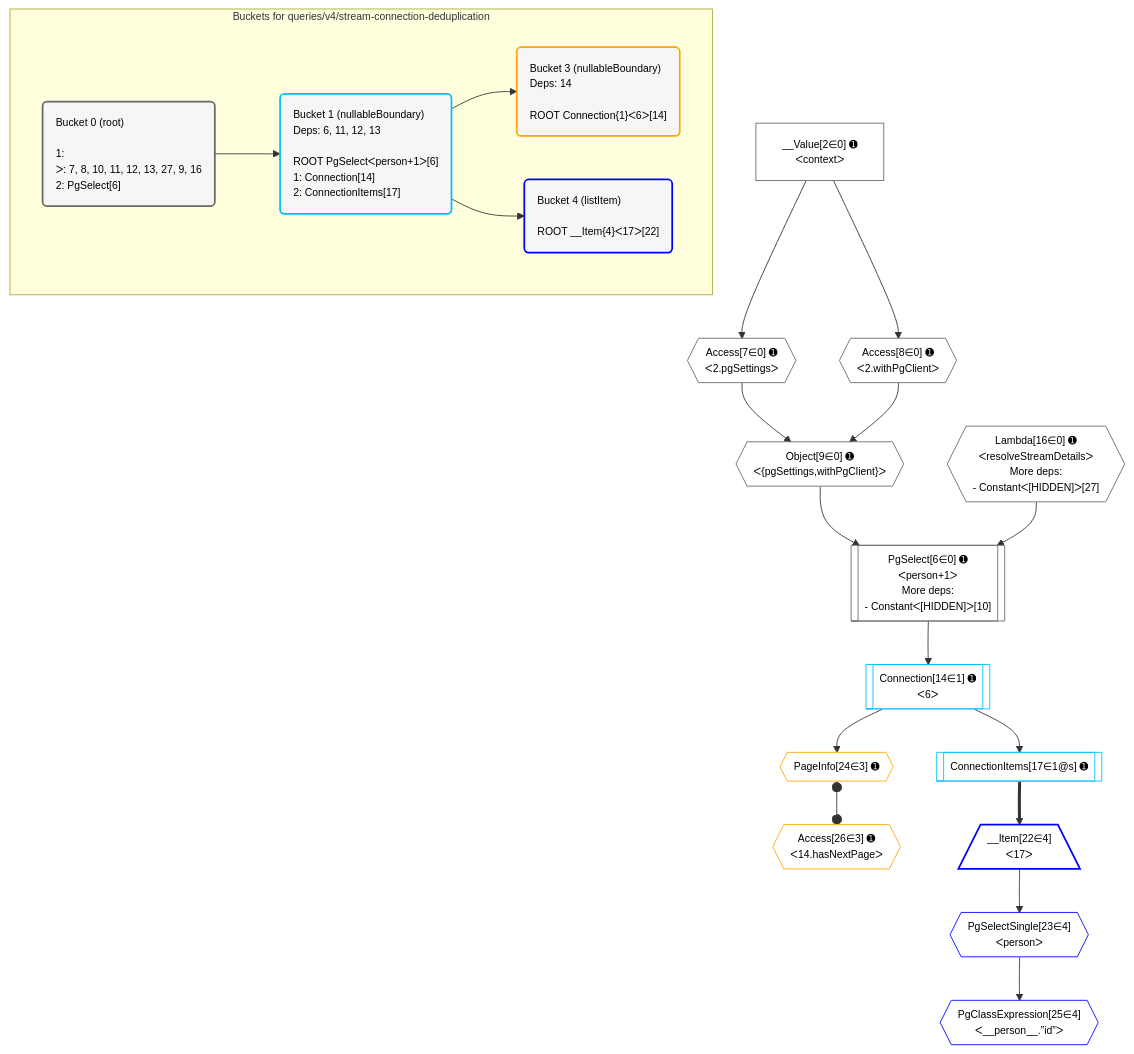
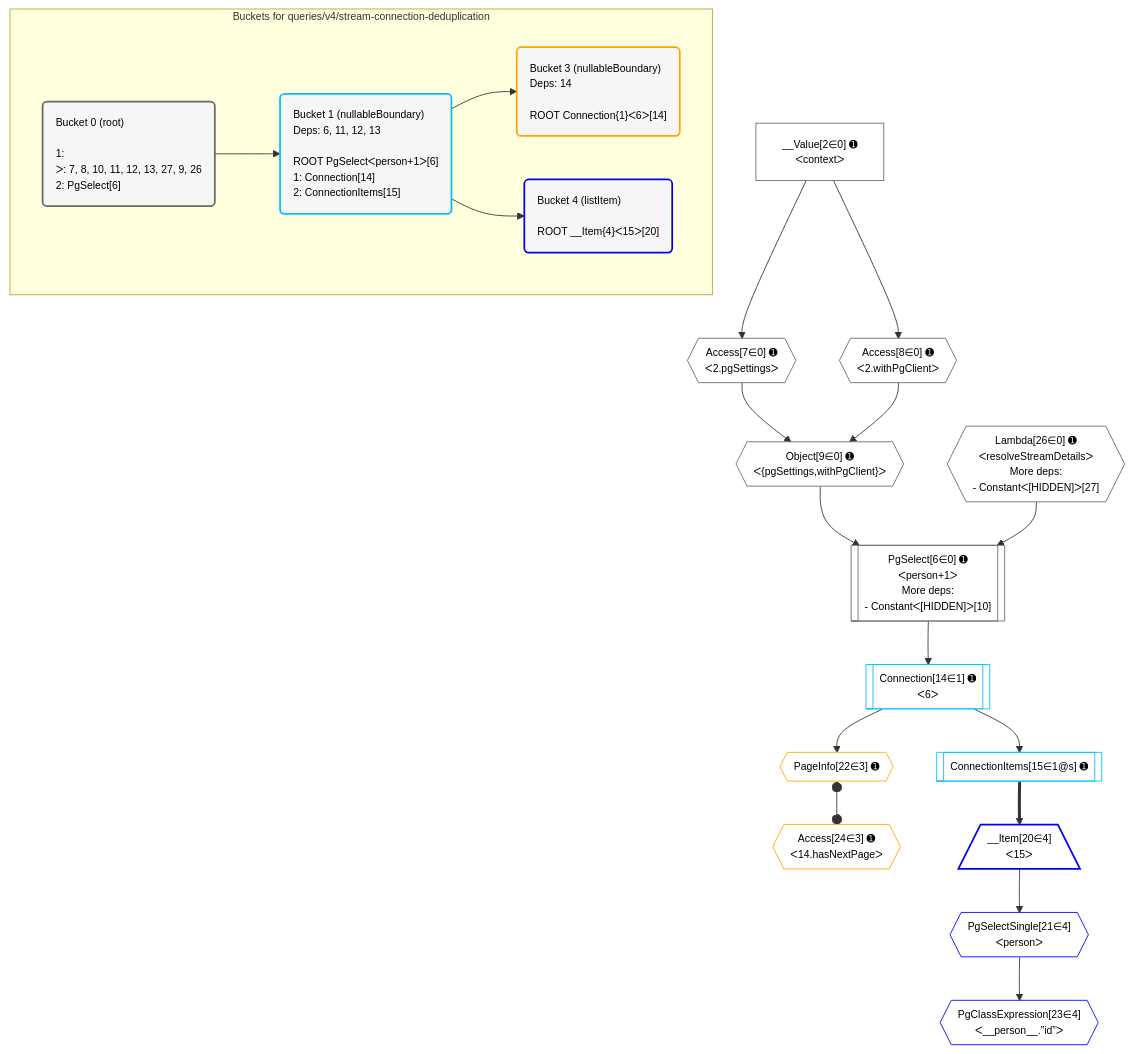
One commit to graphile/crystal changed the diagram in postgraphile/postgraphile/__tests__/queries/v4/stream-connection-deduplication.mermaid. Above: the diagram before and after it, drawn with Mermaid. The commit also changed 29 other files, not shown here.

```diff
--- a/postgraphile/postgraphile/__tests__/queries/v4/stream-connection-deduplication.mermaid
+++ b/postgraphile/postgraphile/__tests__/queries/v4/stream-connection-deduplication.mermaid
@@ -1,53 +1,53 @@
 %%{init: {'themeVariables': { 'fontSize': '12px'}}}%%
 graph TD
     classDef path fill:#eee,stroke:#000,color:#000
     classDef plan fill:#fff,stroke-width:1px,color:#000
     classDef itemplan fill:#fff,stroke-width:2px,color:#000
     classDef unbatchedplan fill:#dff,stroke-width:1px,color:#000
     classDef sideeffectplan fill:#fcc,stroke-width:2px,color:#000
     classDef bucket fill:#f6f6f6,color:#000,stroke-width:2px,text-align:left
 
     subgraph "Buckets for queries/v4/stream-connection-deduplication"
-    Bucket0("Bucket 0 (root)<br /><br />1: <br />ᐳ: 7, 8, 10, 11, 12, 13, 27, 9, 16<br />2: PgSelect[6]"):::bucket
-    Bucket1("Bucket 1 (nullableBoundary)<br />Deps: 6, 11, 12, 13<br /><br />ROOT PgSelectᐸperson+1ᐳ[6]<br />1: Connection[14]<br />2: ConnectionItems[17]"):::bucket
+    Bucket0("Bucket 0 (root)<br /><br />1: <br />ᐳ: 7, 8, 10, 11, 12, 13, 27, 9, 26<br />2: PgSelect[6]"):::bucket
+    Bucket1("Bucket 1 (nullableBoundary)<br />Deps: 6, 11, 12, 13<br /><br />ROOT PgSelectᐸperson+1ᐳ[6]<br />1: Connection[14]<br />2: ConnectionItems[15]"):::bucket
     Bucket3("Bucket 3 (nullableBoundary)<br />Deps: 14<br /><br />ROOT Connection{1}ᐸ6ᐳ[14]"):::bucket
-    Bucket4("Bucket 4 (listItem)<br /><br />ROOT __Item{4}ᐸ17ᐳ[22]"):::bucket
+    Bucket4("Bucket 4 (listItem)<br /><br />ROOT __Item{4}ᐸ15ᐳ[20]"):::bucket
     end
     Bucket0 --> Bucket1
     Bucket1 --> Bucket3 & Bucket4
 
     %% plan dependencies
     PgSelect6[["PgSelect[6∈0] ➊<br />ᐸperson+1ᐳ<br />More deps:<br />- Constantᐸ[HIDDEN]ᐳ[10]"]]:::plan
     Object9{{"Object[9∈0] ➊<br />ᐸ{pgSettings,withPgClient}ᐳ"}}:::plan
-    Lambda16{{"Lambda[16∈0] ➊<br />ᐸresolveStreamDetailsᐳ<br />More deps:<br />- Constantᐸ[HIDDEN]ᐳ[27]"}}:::plan
-    Object9 & Lambda16 --> PgSelect6
+    Lambda26{{"Lambda[26∈0] ➊<br />ᐸresolveStreamDetailsᐳ<br />More deps:<br />- Constantᐸ[HIDDEN]ᐳ[27]"}}:::plan
+    Object9 & Lambda26 --> PgSelect6
     Access7{{"Access[7∈0] ➊<br />ᐸ2.pgSettingsᐳ"}}:::plan
     Access8{{"Access[8∈0] ➊<br />ᐸ2.withPgClientᐳ"}}:::plan
     Access7 & Access8 --> Object9
     __Value2["__Value[2∈0] ➊<br />ᐸcontextᐳ"]:::plan
     __Value2 --> Access7
     __Value2 --> Access8
     Connection14[["Connection[14∈1] ➊<br />ᐸ6ᐳ"]]:::plan
     PgSelect6 --> Connection14
-    ConnectionItems17[["ConnectionItems[17∈1@s] ➊"]]:::plan
-    Connection14 --> ConnectionItems17
-    PageInfo24{{"PageInfo[24∈3] ➊"}}:::plan
-    Connection14 --> PageInfo24
-    Access26{{"Access[26∈3] ➊<br />ᐸ14.hasNextPageᐳ"}}:::plan
-    PageInfo24 o--o Access26
-    __Item22[/"__Item[22∈4]<br />ᐸ17ᐳ"\]:::itemplan
-    ConnectionItems17 ==> __Item22
-    PgSelectSingle23{{"PgSelectSingle[23∈4]<br />ᐸpersonᐳ"}}:::plan
-    __Item22 --> PgSelectSingle23
-    PgClassExpression25{{"PgClassExpression[25∈4]<br />ᐸ__person__.”id”ᐳ"}}:::plan
-    PgSelectSingle23 --> PgClassExpression25
+    ConnectionItems15[["ConnectionItems[15∈1@s] ➊"]]:::plan
+    Connection14 --> ConnectionItems15
+    PageInfo22{{"PageInfo[22∈3] ➊"}}:::plan
+    Connection14 --> PageInfo22
+    Access24{{"Access[24∈3] ➊<br />ᐸ14.hasNextPageᐳ"}}:::plan
+    PageInfo22 o--o Access24
+    __Item20[/"__Item[20∈4]<br />ᐸ15ᐳ"\]:::itemplan
+    ConnectionItems15 ==> __Item20
+    PgSelectSingle21{{"PgSelectSingle[21∈4]<br />ᐸpersonᐳ"}}:::plan
+    __Item20 --> PgSelectSingle21
+    PgClassExpression23{{"PgClassExpression[23∈4]<br />ᐸ__person__.”id”ᐳ"}}:::plan
+    PgSelectSingle21 --> PgClassExpression23
 
     %% define steps
     classDef bucket0 stroke:#696969
-    class Bucket0,__Value2,PgSelect6,Access7,Access8,Object9,Lambda16 bucket0
+    class Bucket0,__Value2,PgSelect6,Access7,Access8,Object9,Lambda26 bucket0
     classDef bucket1 stroke:#00bfff
-    class Bucket1,Connection14,ConnectionItems17 bucket1
+    class Bucket1,Connection14,ConnectionItems15 bucket1
     classDef bucket3 stroke:#ffa500
-    class Bucket3,PageInfo24,Access26 bucket3
+    class Bucket3,PageInfo22,Access24 bucket3
     classDef bucket4 stroke:#0000ff
-    class Bucket4,__Item22,PgSelectSingle23,PgClassExpression25 bucket4
+    class Bucket4,__Item20,PgSelectSingle21,PgClassExpression23 bucket4
```
